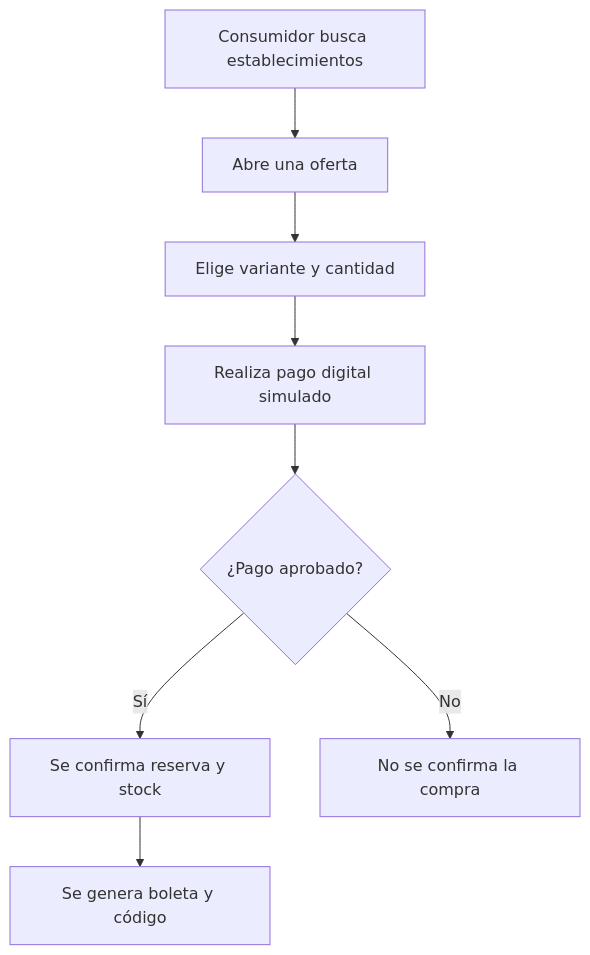
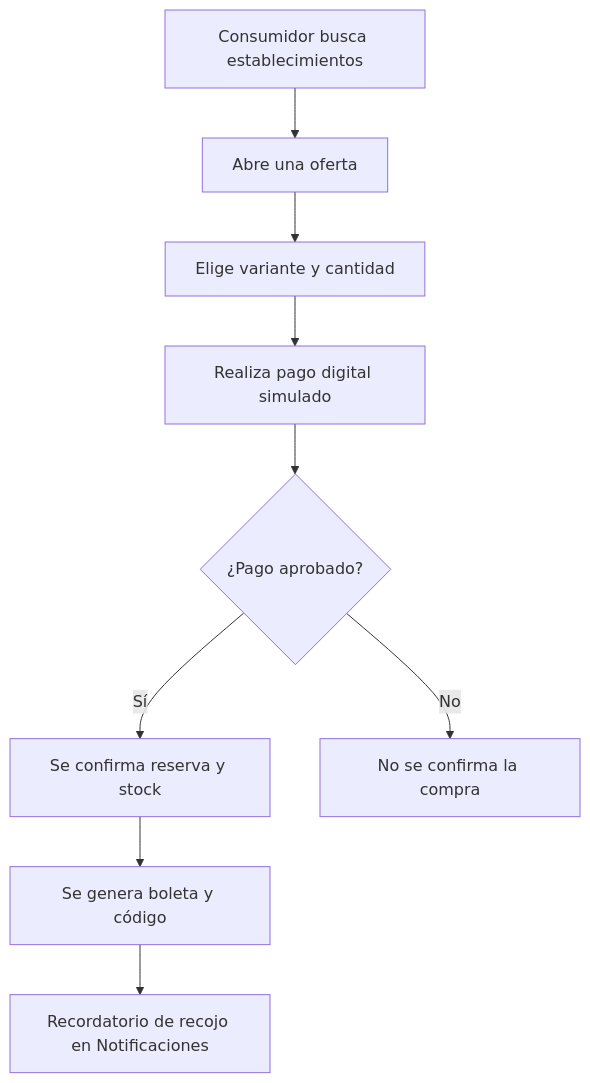
One commit to Zheyben/Sazloop changed the third of 7 diagrams in docs/FLUJOS_NEGOCIO.md. Above: the diagram before and after it, drawn with Mermaid. The commit also changed other lines of this file and 10 other files, not shown here.

````diff
--- a/docs/FLUJOS_NEGOCIO.md
+++ b/docs/FLUJOS_NEGOCIO.md
@@ -42,10 +42,11 @@
 ```mermaid
 flowchart TD
     A["Consumidor busca establecimientos"] --> B["Abre una oferta"]
     B --> C["Elige variante y cantidad"]
     C --> D["Realiza pago digital simulado"]
     D --> E{"¿Pago aprobado?"}
     E -->|Sí| F["Se confirma reserva y stock"]
     E -->|No| G["No se confirma la compra"]
     F --> H["Se genera boleta y código"]
+    H --> I["Recordatorio de recojo en Notificaciones"]
 ```
````
